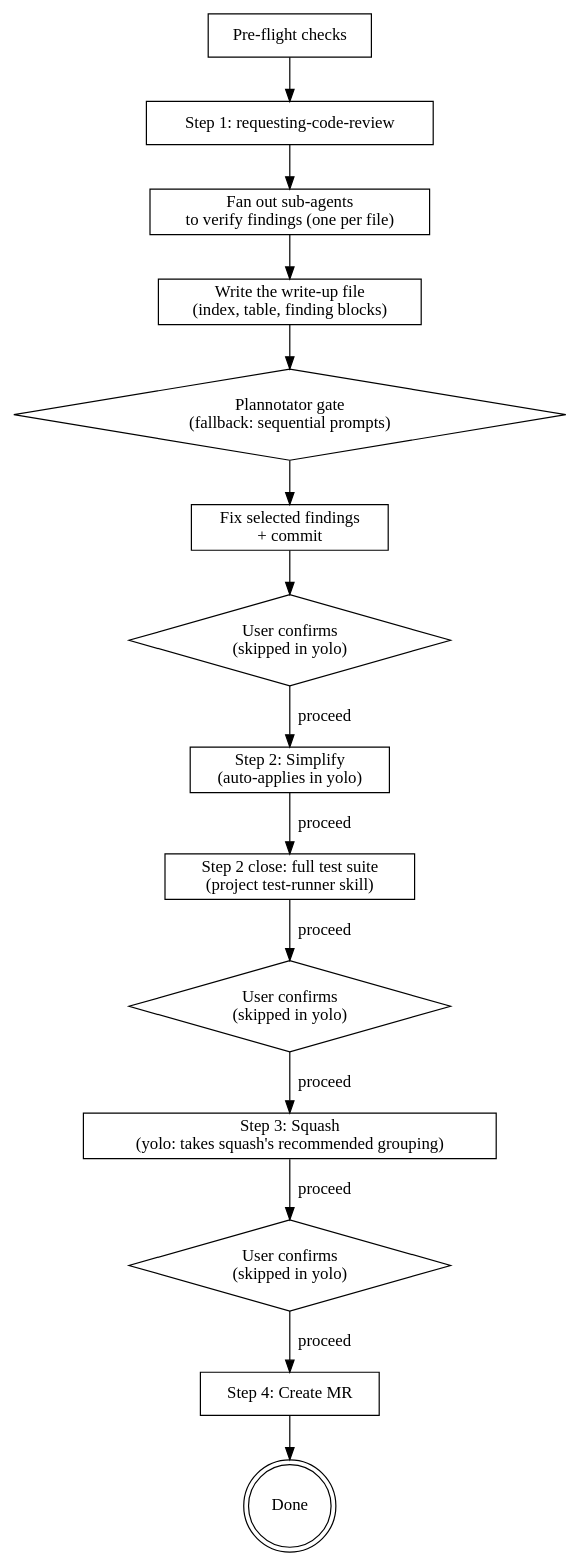
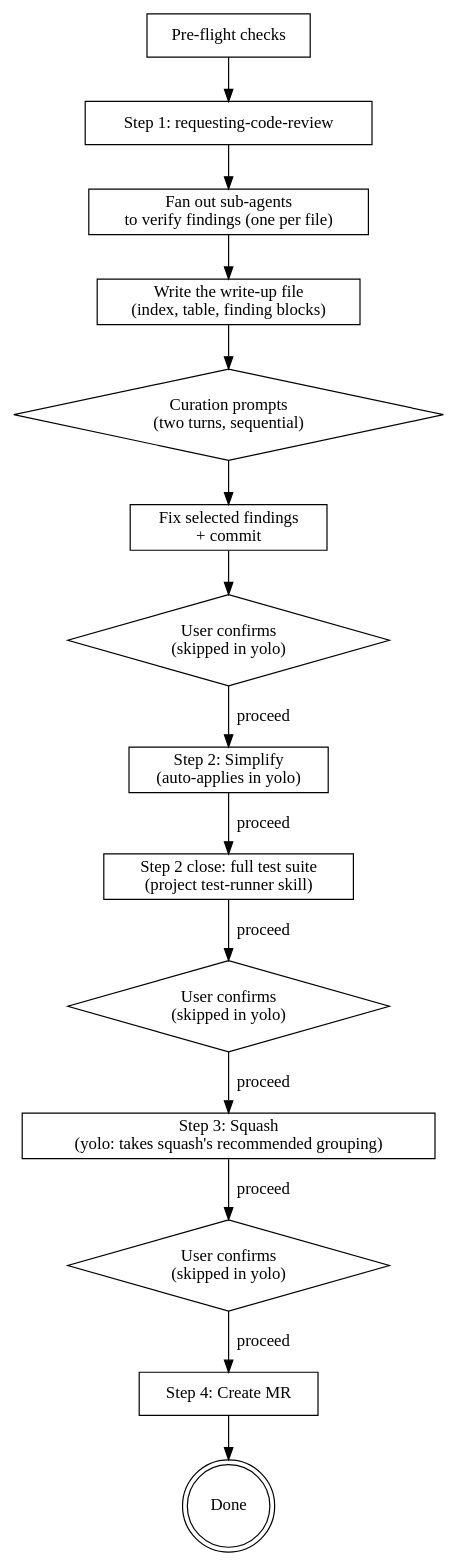
One commit to Minkey27/ai-skills changed the diagram in skills/finalize-branch/SKILL.md. Above: the diagram before and after it, drawn with Graphviz. The commit also changed other lines of this file and 3 other files, not shown here.

First line of the commit message:
refactor(skills): drop the plannotator gate from finding curation

````diff
--- a/skills/finalize-branch/SKILL.md
+++ b/skills/finalize-branch/SKILL.md
@@ -65,27 +65,27 @@
 ```dot
 digraph finalize {
     rankdir=TB;
     node [shape=box];
 
     preflight [label="Pre-flight checks"];
     review [label="Step 1: requesting-code-review"];
     verify [label="Fan out sub-agents\nto verify findings (one per file)"];
     present [label="Write the write-up file\n(index, table, finding blocks)"];
-    curate [label="Plannotator gate\n(fallback: sequential prompts)" shape=diamond];
+    curate [label="Curation prompts\n(two turns, sequential)" shape=diamond];
     fix [label="Fix selected findings\n+ commit"];
     gate1 [label="User confirms\n(skipped in yolo)" shape=diamond];
     simplify [label="Step 2: Simplify\n(auto-applies in yolo)"];
     suite [label="Step 2 close: full test suite\n(project test-runner skill)"];
     gate2 [label="User confirms\n(skipped in yolo)" shape=diamond];
     squash [label="Step 3: Squash\n(yolo: takes squash's recommended grouping)"];
     gate3 [label="User confirms\n(skipped in yolo)" shape=diamond];
     mr [label="Step 4: Create MR"];
     done [label="Done" shape=doublecircle];
 
     preflight -> review -> verify -> present -> curate -> fix -> gate1;
     gate1 -> simplify [label="proceed"];
     simplify -> suite -> gate2 -> squash [label="proceed"];
     squash -> gate3 -> mr [label="proceed"];
     mr -> done;
 }
 ```
````
